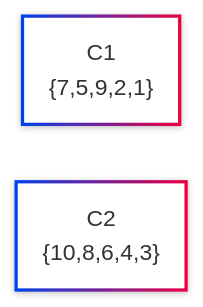
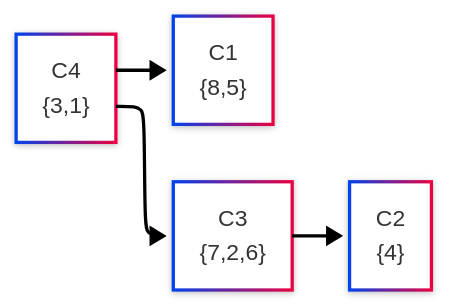
Before and after one commit to Dimitri20007/projet_graphe_markov_SDD: the diagram in data/hasse_mermaid.mmd, drawn with Mermaid. The commit also changed 6 other files, not shown here.

```diff
--- a/data/hasse_mermaid.mmd
+++ b/data/hasse_mermaid.mmd
@@ -1,9 +1,14 @@
 ---
 config:
  layout: elk
  theme: neo
  look: neo
 ---
 flowchart LR
-C1["C1<br>{7,5,9,2,1}"]
-C2["C2<br>{10,8,6,4,3}"]
+C1["C1<br>{8,5}"]
+C2["C2<br>{4}"]
+C3["C3<br>{7,2,6}"]
+C4["C4<br>{3,1}"]
+C4 --> C1
+C3 --> C2
+C4 --> C3
```
